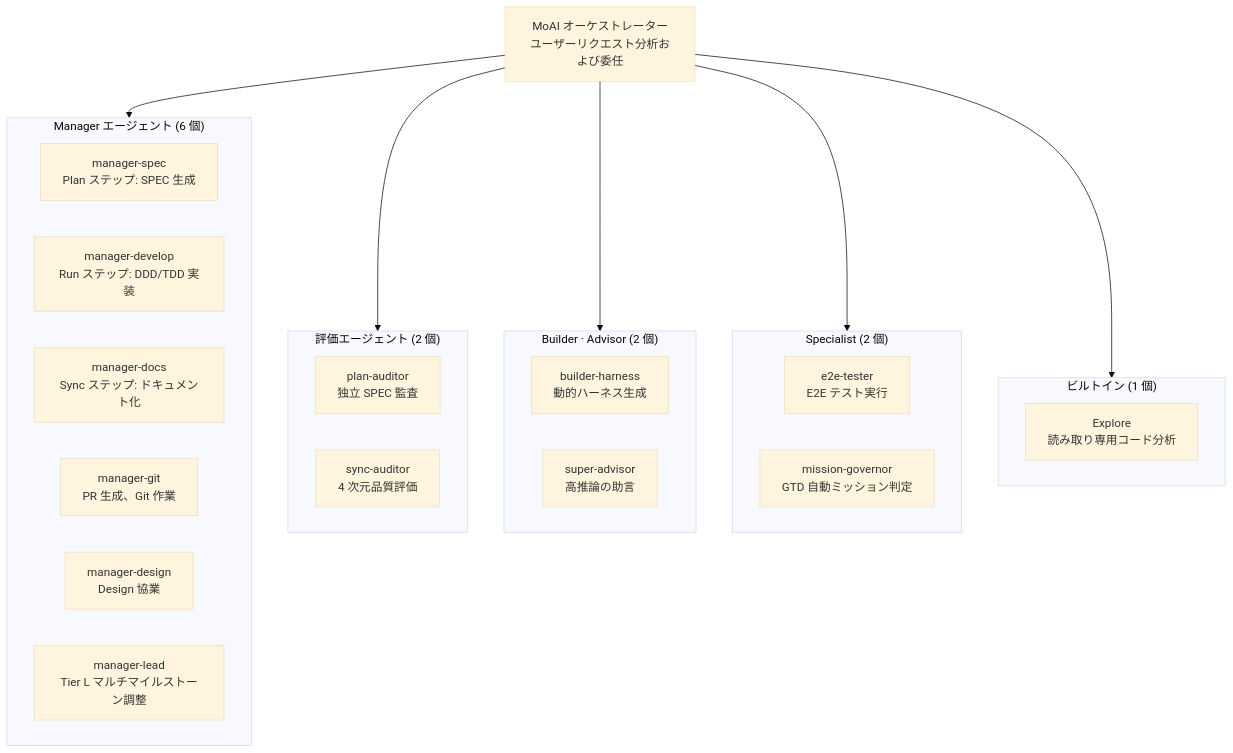
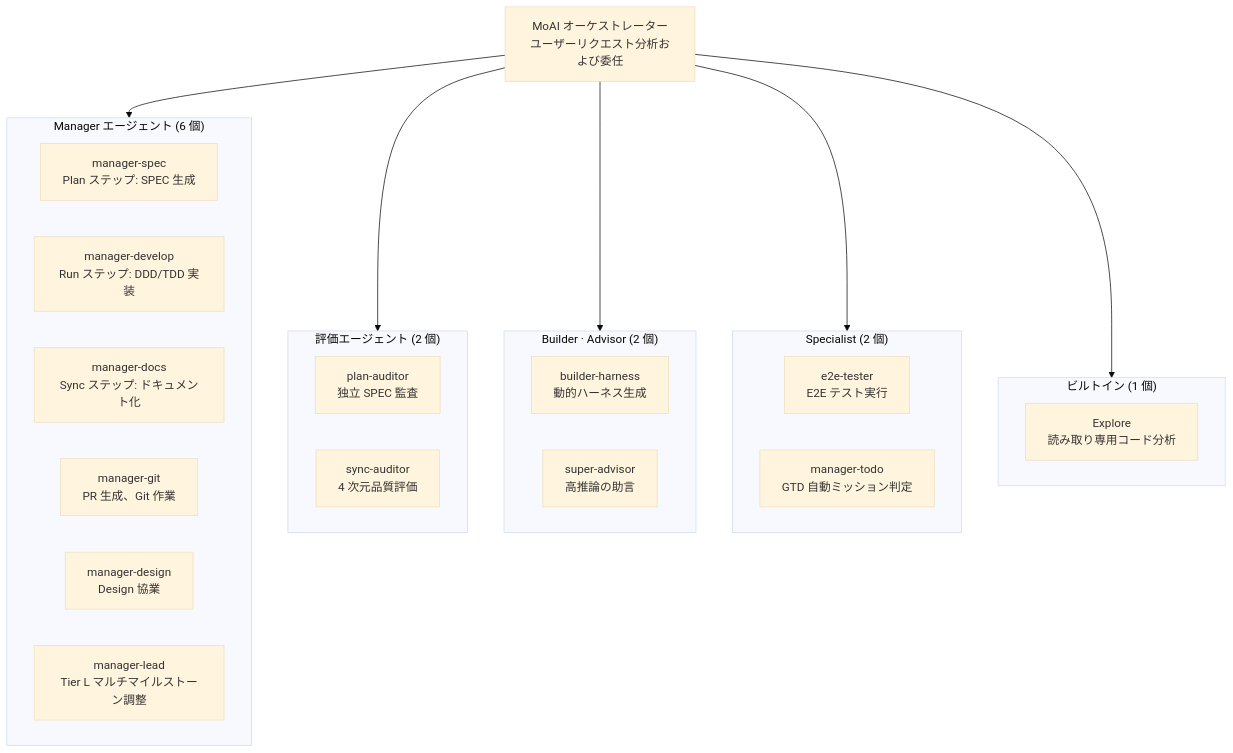
The second of 4 diagrams in docs-site/content/ja/core-concepts/what-is-moai-adk.md (modu-ai/moai-adk), drawn with Mermaid (base theme) before and after one commit. The commit also changed other lines of this file and 33 other files, not shown here.

First line of the commit message:
docs(SPEC-MANAGER-TODO-001): M5 docs-site manager-todo refresh + run-phase evidence (card t1306)

````diff
--- a/docs-site/content/ja/core-concepts/what-is-moai-adk.md
+++ b/docs-site/content/ja/core-concepts/what-is-moai-adk.md
@@ -266,38 +266,38 @@
 ```mermaid
 flowchart TD
     MoAI["MoAI オーケストレーター\nユーザーリクエスト分析および委任"]
 
     subgraph Managers["Manager エージェント (6 個)"]
         M1["manager-spec\nPlan ステップ: SPEC 生成"]
         M2["manager-develop\nRun ステップ: DDD/TDD 実装"]
         M3["manager-docs\nSync ステップ: ドキュメント化"]
         M4["manager-git\nPR 生成、Git 作業"]
         M5["manager-design\nDesign 協業"]
         M6["manager-lead\nTier L マルチマイルストーン調整"]
     end
 
     subgraph Evaluators["評価エージェント (2 個)"]
         E1["plan-auditor\n独立 SPEC 監査"]
         E2["sync-auditor\n4 次元品質評価"]
     end
 
     subgraph BuilderAdvisor["Builder · Advisor (2 個)"]
         B1["builder-harness\n動的ハーネス生成"]
         B2["super-advisor\n高推論の助言"]
     end
 
     subgraph Specialist["Specialist (2 個)"]
         S1["e2e-tester\nE2E テスト実行"]
-        S2["mission-governor\nGTD 自動ミッション判定"]
+        S2["manager-todo\nGTD 自動ミッション判定"]
     end
 
     subgraph Explore["ビルトイン (1 個)"]
         X1["Explore\n読み取り専用コード分析"]
     end
 
     MoAI --> Managers
     MoAI --> Evaluators
     MoAI --> BuilderAdvisor
     MoAI --> Specialist
     MoAI --> Explore
 ```
````
